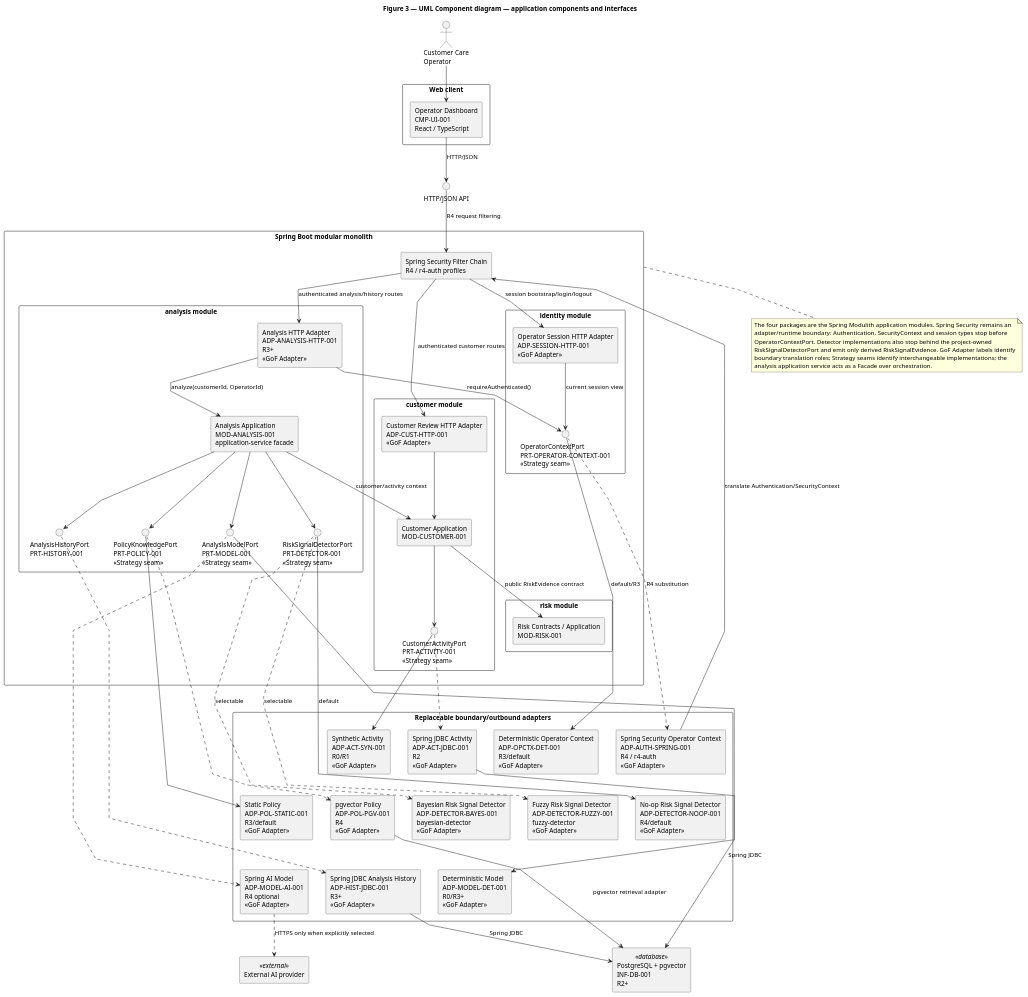
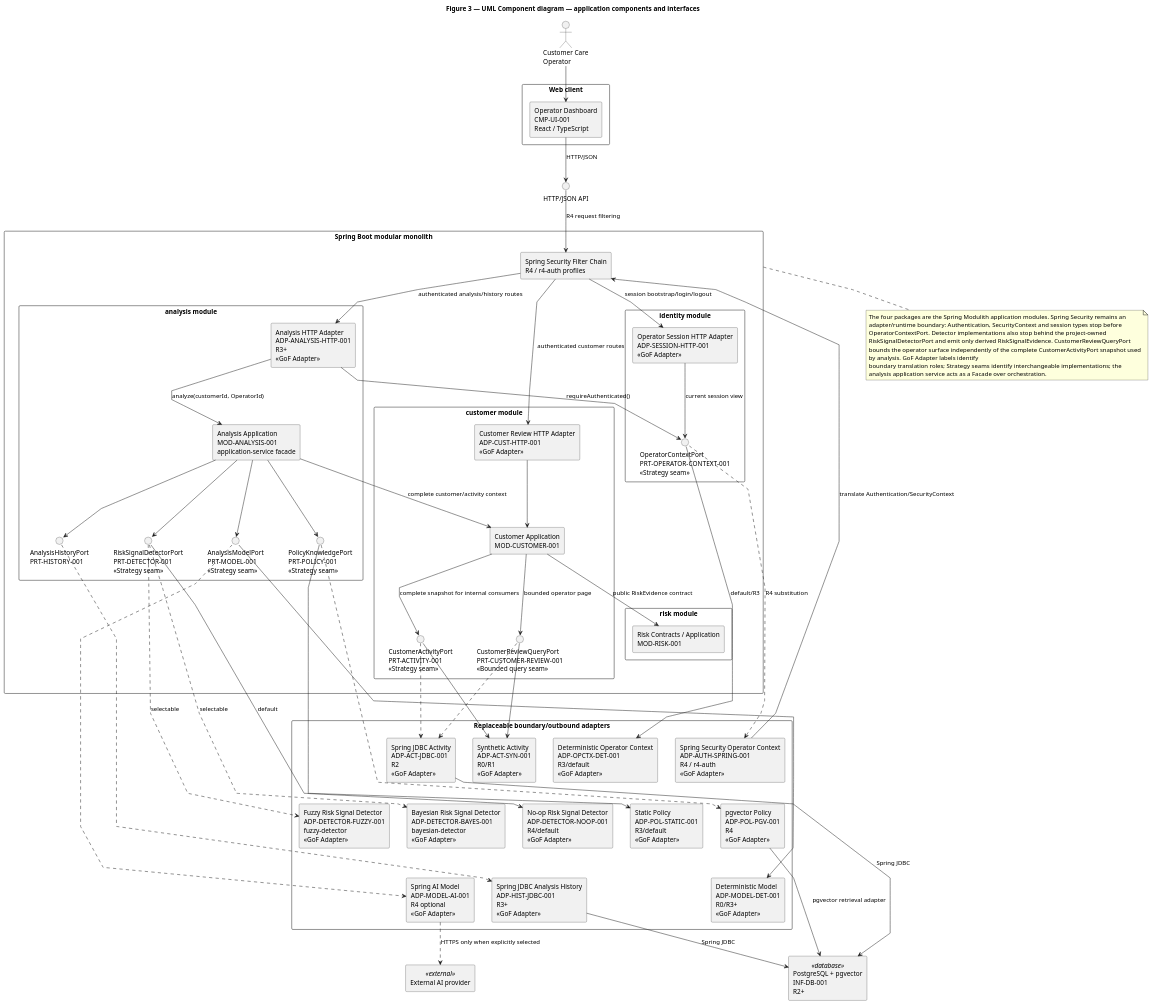
Before and after one commit to jdoe-dev-159753/specgraph-reference-app: the diagram in docs/assignment/SDD/diagrams/component-topology.puml, drawn with PlantUML. The commit also changed 3 other files, not shown here.

Commit message:
docs: align review diagrams with bounded query contracts

```diff
--- a/docs/assignment/SDD/diagrams/component-topology.puml
+++ b/docs/assignment/SDD/diagrams/component-topology.puml
@@ -1,123 +1,129 @@
 @startuml
 title Figure 3 — UML Component diagram — application components and interfaces
 top to bottom direction
 skinparam componentStyle rectangle
 skinparam packageStyle rectangle
 skinparam linetype polyline
 skinparam nodesep 38
 skinparam ranksep 45
 
 actor "Customer Care\nOperator" as Operator
 interface "HTTP/JSON API" as WebApi
 
 package "Web client" {
   component "Operator Dashboard\nCMP-UI-001\nReact / TypeScript" as UI
 }
 
 package "Spring Boot modular monolith" as Backend {
   component "Spring Security Filter Chain\nR4 / r4-auth profiles" as SecurityFilter
 
   package "identity module" as IdentityModule {
     component "Operator Session HTTP Adapter\nADP-SESSION-HTTP-001\n<<GoF Adapter>>" as SessionHttp
     interface "OperatorContextPort\nPRT-OPERATOR-CONTEXT-001\n<<Strategy seam>>" as OperatorContextPort
   }
 
   package "customer module" as CustomerModule {
     component "Customer Review HTTP Adapter\nADP-CUST-HTTP-001\n<<GoF Adapter>>" as CustomerHttp
     component "Customer Application\nMOD-CUSTOMER-001" as Customer
+    interface "CustomerReviewQueryPort\nPRT-CUSTOMER-REVIEW-001\n<<Bounded query seam>>" as CustomerReviewPort
     interface "CustomerActivityPort\nPRT-ACTIVITY-001\n<<Strategy seam>>" as ActivityPort
   }
 
   package "risk module" as RiskModule {
     component "Risk Contracts / Application\nMOD-RISK-001" as Risk
   }
 
   package "analysis module" as AnalysisModule {
     component "Analysis HTTP Adapter\nADP-ANALYSIS-HTTP-001\nR3+\n<<GoF Adapter>>" as AnalysisHttp
     component "Analysis Application\nMOD-ANALYSIS-001\napplication-service facade" as Analysis
     interface "RiskSignalDetectorPort\nPRT-DETECTOR-001\n<<Strategy seam>>" as DetectorPort
     interface "PolicyKnowledgePort\nPRT-POLICY-001\n<<Strategy seam>>" as PolicyPort
     interface "AnalysisModelPort\nPRT-MODEL-001\n<<Strategy seam>>" as ModelPort
     interface "AnalysisHistoryPort\nPRT-HISTORY-001" as HistoryPort
   }
 }
 
 package "Replaceable boundary/outbound adapters" as Adapters {
   component "Deterministic Operator Context\nADP-OPCTX-DET-001\nR3/default\n<<GoF Adapter>>" as OperatorDet
   component "Spring Security Operator Context\nADP-AUTH-SPRING-001\nR4 / r4-auth\n<<GoF Adapter>>" as OperatorSecurity
   component "Synthetic Activity\nADP-ACT-SYN-001\nR0/R1\n<<GoF Adapter>>" as ActivitySynthetic
   component "Spring JDBC Activity\nADP-ACT-JDBC-001\nR2\n<<GoF Adapter>>" as ActivityJdbc
   component "No-op Risk Signal Detector\nADP-DETECTOR-NOOP-001\nR4/default\n<<GoF Adapter>>" as DetectorNoOp
   component "Bayesian Risk Signal Detector\nADP-DETECTOR-BAYES-001\nbayesian-detector\n<<GoF Adapter>>" as DetectorBayes
   component "Fuzzy Risk Signal Detector\nADP-DETECTOR-FUZZY-001\nfuzzy-detector\n<<GoF Adapter>>" as DetectorFuzzy
   component "Static Policy\nADP-POL-STATIC-001\nR3/default\n<<GoF Adapter>>" as PolicyStatic
   component "pgvector Policy\nADP-POL-PGV-001\nR4\n<<GoF Adapter>>" as PolicyPg
   component "Deterministic Model\nADP-MODEL-DET-001\nR0/R3+\n<<GoF Adapter>>" as ModelDet
   component "Spring AI Model\nADP-MODEL-AI-001\nR4 optional\n<<GoF Adapter>>" as ModelAi
   component "Spring JDBC Analysis History\nADP-HIST-JDBC-001\nR3+\n<<GoF Adapter>>" as HistoryJdbc
 
   OperatorDet -[hidden]right-> OperatorSecurity
   OperatorSecurity -[hidden]right-> ActivitySynthetic
   ActivitySynthetic -[hidden]right-> ActivityJdbc
   ActivityJdbc -[hidden]down-> DetectorNoOp
   DetectorNoOp -[hidden]right-> DetectorBayes
   DetectorBayes -[hidden]right-> DetectorFuzzy
   DetectorFuzzy -[hidden]right-> PolicyStatic
   PolicyStatic -[hidden]right-> PolicyPg
   PolicyPg -[hidden]down-> ModelDet
   ModelDet -[hidden]right-> ModelAi
   ModelAi -[hidden]right-> HistoryJdbc
 }
 
 component "PostgreSQL + pgvector\nINF-DB-001\nR2+" as Db <<database>>
 component "External AI provider" as Provider <<external>>
 
 Operator --> UI
 UI --> WebApi : HTTP/JSON
 WebApi --> SecurityFilter : R4 request filtering
 SecurityFilter --> SessionHttp : session bootstrap/login/logout
 SecurityFilter --> CustomerHttp : authenticated customer routes
 SecurityFilter --> AnalysisHttp : authenticated analysis/history routes
 
 SessionHttp --> OperatorContextPort : current session view
 AnalysisHttp --> OperatorContextPort : requireAuthenticated()
 OperatorContextPort --> OperatorDet : default/R3
 OperatorContextPort ..> OperatorSecurity : R4 substitution
 OperatorSecurity --> SecurityFilter : translate Authentication/SecurityContext
 
 CustomerHttp --> Customer
 Customer --> Risk : public RiskEvidence contract
-Customer --> ActivityPort
+Customer --> CustomerReviewPort : bounded operator page
 
 AnalysisHttp --> Analysis : analyze(customerId, OperatorId)
-Analysis --> Customer : customer/activity context
+Analysis --> Customer : complete customer/activity context
+Customer --> ActivityPort : complete snapshot for internal consumers
 Analysis --> DetectorPort
 Analysis --> PolicyPort
 Analysis --> ModelPort
 Analysis --> HistoryPort
 
 ActivityPort --> ActivitySynthetic
 ActivityPort ..> ActivityJdbc
+CustomerReviewPort --> ActivitySynthetic
+CustomerReviewPort ..> ActivityJdbc
 DetectorPort --> DetectorNoOp : default
 DetectorPort ..> DetectorBayes : selectable
 DetectorPort ..> DetectorFuzzy : selectable
 PolicyPort --> PolicyStatic
 PolicyPort ..> PolicyPg
 ModelPort --> ModelDet
 ModelPort ..> ModelAi
 HistoryPort ..> HistoryJdbc
 
 ActivityJdbc --> Db : Spring JDBC
 PolicyPg --> Db : pgvector retrieval adapter
 HistoryJdbc --> Db : Spring JDBC
 ModelAi ..> Provider : HTTPS only when explicitly selected
 
 note bottom of Backend
   The four packages are the Spring Modulith application modules. Spring Security remains an
   adapter/runtime boundary: Authentication, SecurityContext and session types stop before
   OperatorContextPort. Detector implementations also stop behind the project-owned
-  RiskSignalDetectorPort and emit only derived RiskSignalEvidence. GoF Adapter labels identify
+  RiskSignalDetectorPort and emit only derived RiskSignalEvidence. CustomerReviewQueryPort
+  bounds the operator surface independently of the complete CustomerActivityPort snapshot used
+  by analysis. GoF Adapter labels identify
   boundary translation roles; Strategy seams identify interchangeable implementations; the
   analysis application service acts as a Facade over orchestration.
 end note
 @enduml
```
